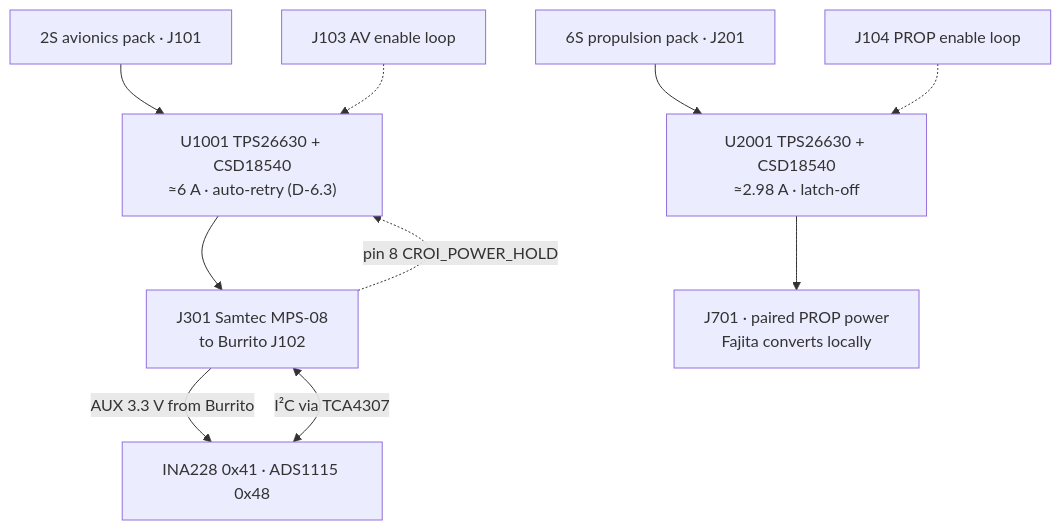
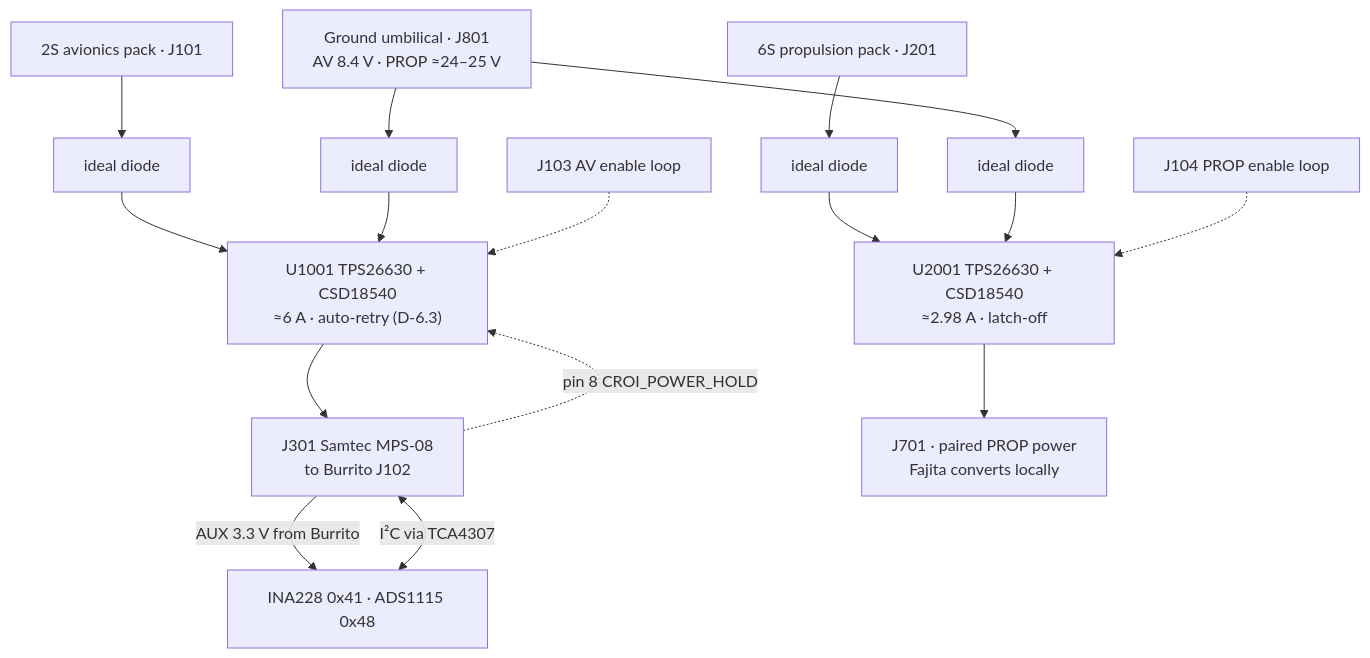
One commit to ULAS-HiPR/Ogma2 changed the first of 3 diagrams in docs/architecture/08-foinse-can.md. Above: the diagram before and after it, drawn with Mermaid. The commit also changed other lines of this file and 32 other files, not shown here.

````diff
--- a/docs/architecture/08-foinse-can.md
+++ b/docs/architecture/08-foinse-can.md
@@ -10,16 +11,23 @@
 ```mermaid
 flowchart TB
-  AV["2S avionics pack · J101"] --> AP["U1001 TPS26630 + CSD18540
+  AV["2S avionics pack · J101"] --> DA1["ideal diode"]
+  UM["Ground umbilical · J801
+AV 8.4 V · PROP ≈24–25 V"] --> DA2["ideal diode"]
+  UM --> DP2["ideal diode"]
+  DA1 --> AP["U1001 TPS26630 + CSD18540
 ≈6 A · auto-retry (D-6.3)"]
+  DA2 --> AP
   AP --> J["J301 Samtec MPS-08
 to Burrito J102"]
-  PR["6S propulsion pack · J201"] --> PP["U2001 TPS26630 + CSD18540
+  PR["6S propulsion pack · J201"] --> DP1["ideal diode"]
+  DP1 --> PP["U2001 TPS26630 + CSD18540
 ≈2.98 A · latch-off"]
+  DP2 --> PP
   PP --> P["J701 · paired PROP power
 Fajita converts locally"]
   J -->|"AUX 3.3 V from Burrito"| M["INA228 0x41 · ADS1115 0x48"]
   M <-->|"I²C via TCA4307"| J
   J -.->|"pin 8 CROI_POWER_HOLD"| AP
   EAV["J103 AV enable loop"] -.-> AP
   EPR["J104 PROP enable loop"] -.-> PP
 ```
````
